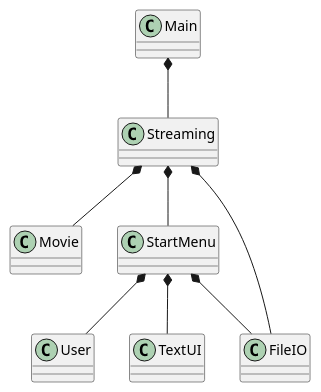
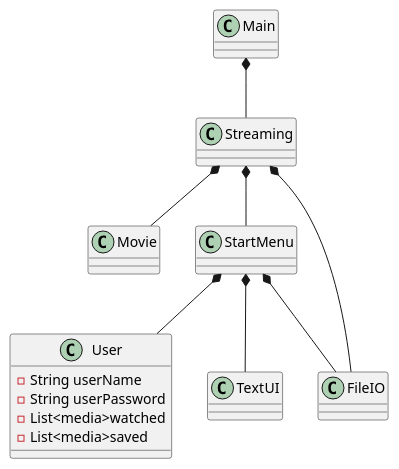
The diagram in .idea/Doc/ClassDiagram.puml (Madihakhan1/SP3), drawn with PlantUML before and after one commit. The commit also changed 1 other file, not shown here.

Commit message:
Classes + ClassDiagram ændringer

```diff
--- a/.idea/Doc/ClassDiagram.puml
+++ b/.idea/Doc/ClassDiagram.puml
@@ -1,40 +1,48 @@
 @startuml
 'https://plantuml.com/object-diagram
 
 class Main{
 
 }
 
 class Streaming{
 
 }
 
 class User{
+
+- String userName
+- String userPassword
+- List<media>watched
+- List<media>saved
+
+
+
 
 }
 
 class Movie{
 
 }
 
 class StartMenu{
 
 }
 
 class FileIO{
 
 }
 
 class TextUI{
 
 }
 
 Main *-- Streaming
 Streaming *--StartMenu
 StartMenu *-- User
 StartMenu *--FileIO
 Streaming *-- FileIO
 StartMenu *-- TextUI
 Streaming *-- Movie
 
 @enduml
```
